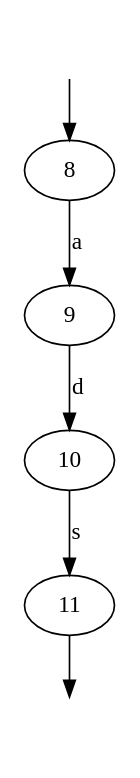
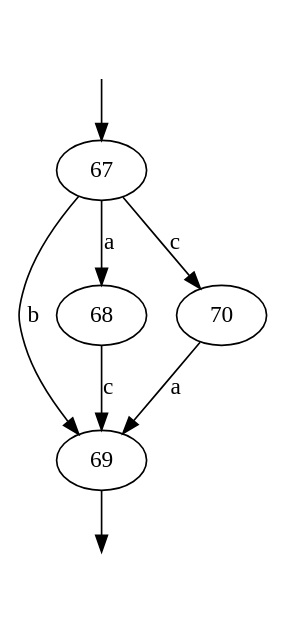
The diagram in RegexParser/RegexParser/graph.dot (qwerfah/compilers-design), drawn with Graphviz before and after one commit. The commit also changed 1 other file, not shown here.

```diff
--- a/RegexParser/RegexParser/graph.dot
+++ b/RegexParser/RegexParser/graph.dot
@@ -1,9 +1,11 @@
 digraph FSM {
 In [shape=none fontcolor=white]
-In -> 8
-Out11 [shape=none fontcolor=white]
-11 -> Out11
-9 -> 10 [label="d"]
-10 -> 11 [label="s"]
-8 -> 9 [label="a"]
+In -> 67
+Out69 [shape=none fontcolor=white]
+69 -> Out69
+67 -> 68 [label="a"]
+70 -> 69 [label="a"]
+67 -> 70 [label="c"]
+68 -> 69 [label="c"]
+67 -> 69 [label="b"]
 }
```
